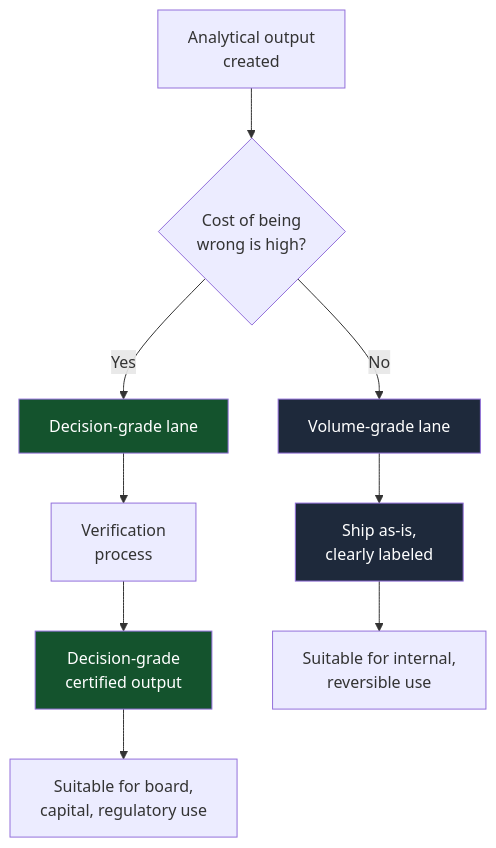
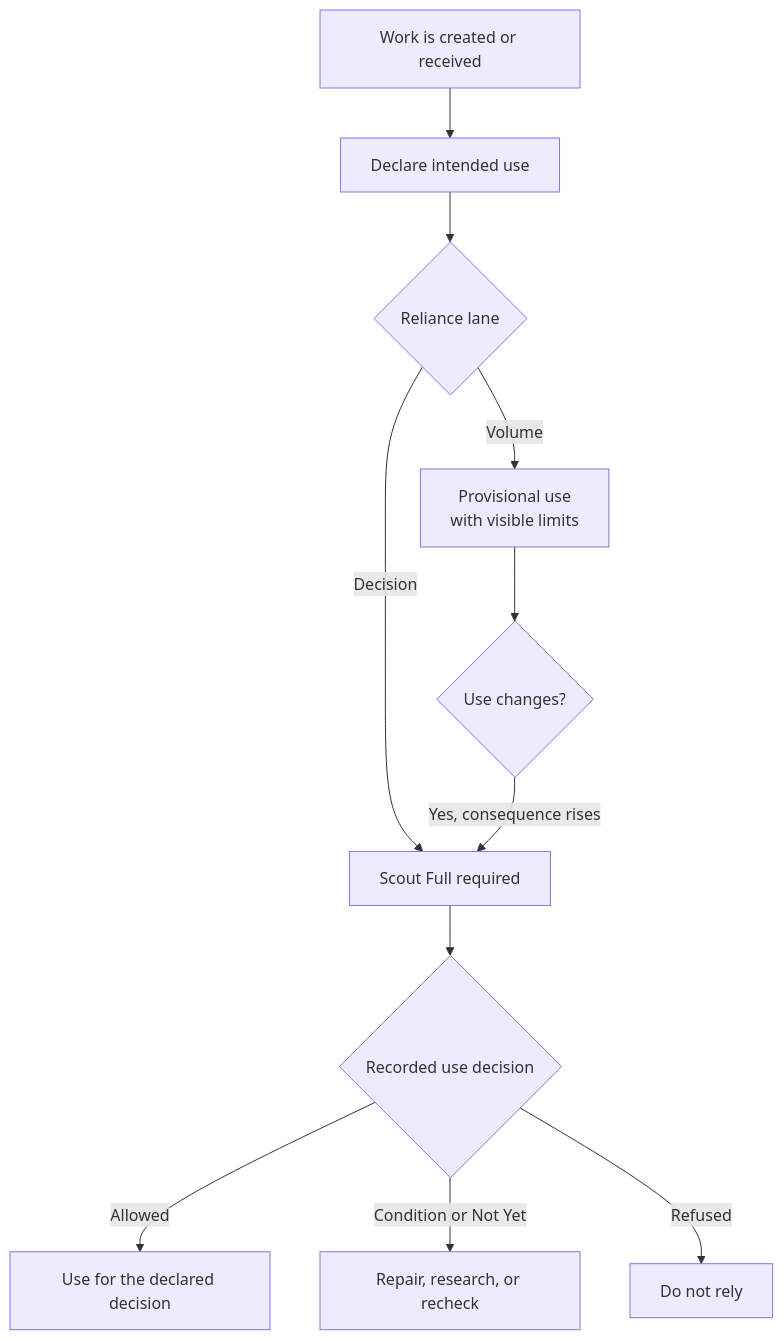
One commit to DavidVALIS/decision-grade changed the diagram in lane-discipline.mdx. Above: the diagram before and after it, drawn with Mermaid. The commit also changed other lines of this file and 23 other files, not shown here.

Commit message:
editorial: reframe Decision Grade around declared use

````diff
--- a/lane-discipline.mdx
+++ b/lane-discipline.mdx
@@ -26,15 +29,13 @@
 ```mermaid
 flowchart TD
-    A[Analytical output<br/>created] --> B{Cost of being<br/>wrong is high?}
-    B -->|Yes| C[Decision-grade lane]
-    B -->|No| D[Volume-grade lane]
-    C --> E[Verification<br/>process]
-    E --> F[Decision-grade<br/>certified output]
-    D --> G[Ship as-is,<br/>clearly labeled]
-    F --> H[Suitable for board,<br/>capital, regulatory use]
-    G --> I[Suitable for internal,<br/>reversible use]
-    style C fill:#14532D,color:#fff
-    style D fill:#1E293B,color:#fff
-    style F fill:#14532D,color:#fff
-    style G fill:#1E293B,color:#fff
+    A[Work is created or received] --> B[Declare intended use]
+    B --> C{Reliance lane}
+    C -->|Volume| D[Provisional use<br/>with visible limits]
+    C -->|Decision| E[Scout Full required]
+    E --> F{Recorded use decision}
+    F -->|Allowed| G[Use for the declared decision]
+    F -->|Condition or Not Yet| H[Repair, research, or recheck]
+    F -->|Refused| I[Do not rely]
+    D --> J{Use changes?}
+    J -->|Yes, consequence rises| E
 ```
````
